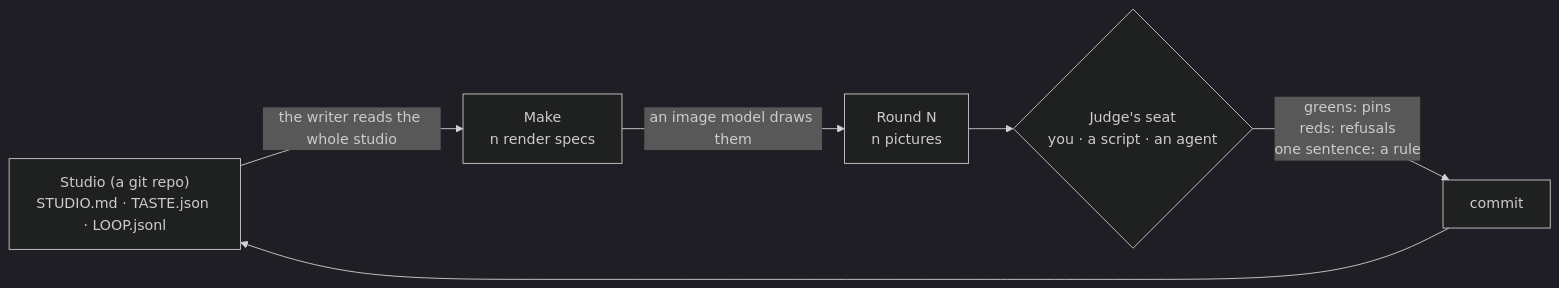
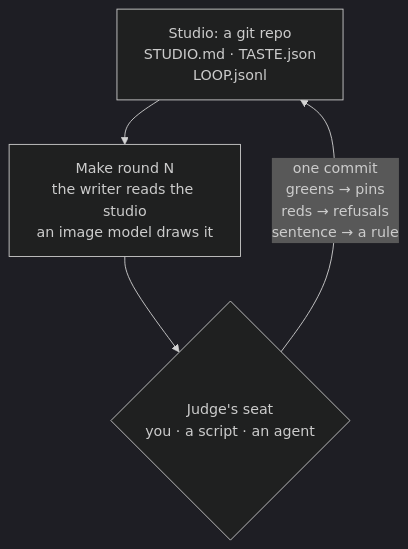
The diagram in README.md (0xMisterBailey/Boson), drawn with Mermaid (dark theme) before and after one commit.

Commit message:
README: the feedback loop as a three-step diagram

````diff
--- a/README.md
+++ b/README.md
@@ -67,8 +67,8 @@
 ```mermaid
-flowchart LR
-    S["Studio (a git repo)<br/>STUDIO.md · TASTE.json · LOOP.jsonl"] -->|"the writer reads the whole studio"| M["Make<br/>n render specs"]
-    M -->|"an image model draws them"| R["Round N<br/>n pictures"]
-    R --> J{"Judge's seat<br/>you · a script · an agent"}
-    J -->|"greens: pins<br/>reds: refusals<br/>one sentence: a rule"| C["commit"]
-    C --> S
+flowchart TD
+    S["Studio: a git repo<br/>STUDIO.md · TASTE.json<br/>LOOP.jsonl"]
+    M["Make round N<br/>the writer reads the studio<br/>an image model draws it"]
+    J{"Judge's seat<br/>you · a script · an agent"}
+    S --> M --> J
+    J -->|"one commit<br/>greens → pins<br/>reds → refusals<br/>sentence → a rule"| S
 ```
````
